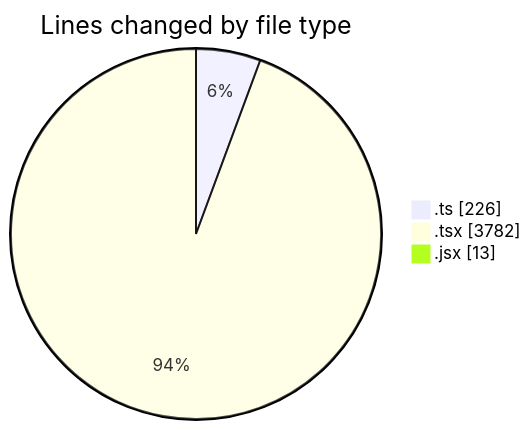
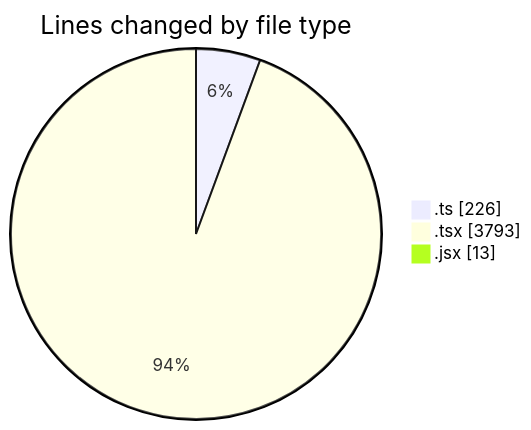
One commit to momahboobian/code-tracking changed the first of 2 diagrams in 2025-12-02/cda/README.md. Above: the diagram before and after it, drawn with Mermaid. The commit also changed other lines of this file and 1 other file, not shown here.

````diff
--- a/2025-12-02/cda/README.md
+++ b/2025-12-02/cda/README.md
@@ -30,7 +30,7 @@
 ```mermaid
 pie showData
 title Lines changed by file type
 ".ts" : 226
-".tsx" : 3782
+".tsx" : 3793
 ".jsx" : 13
 ```
````
